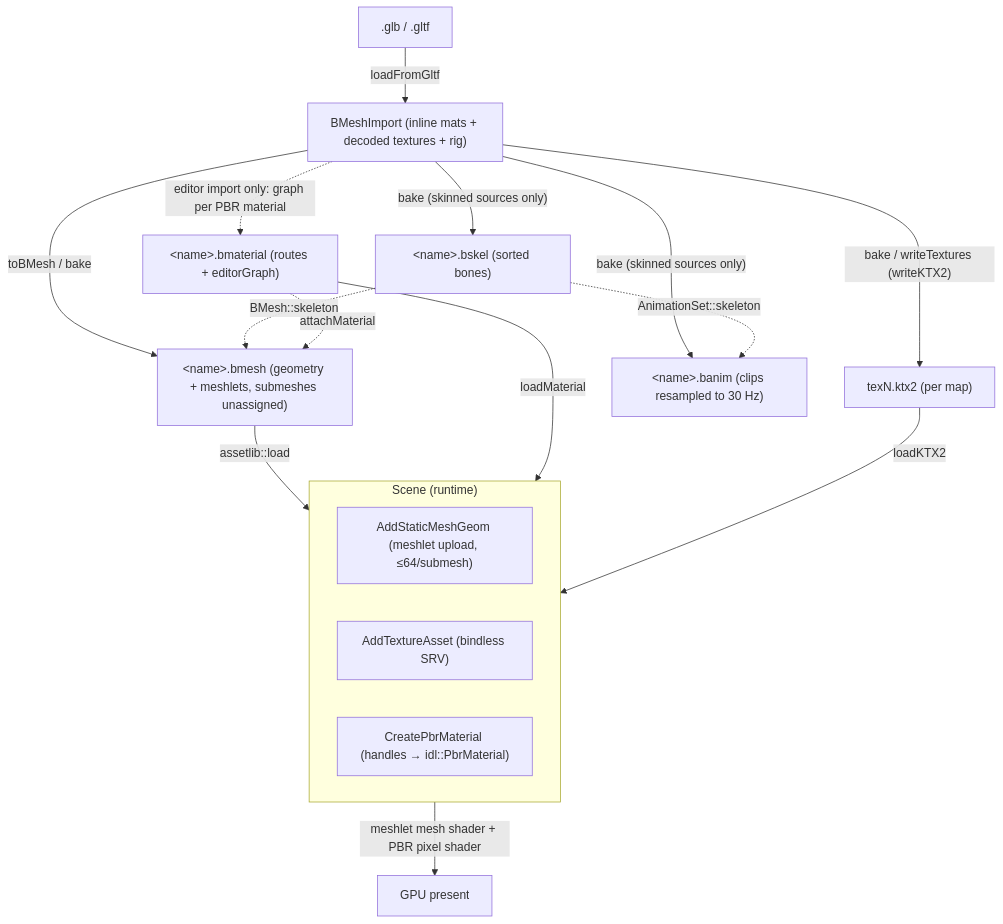
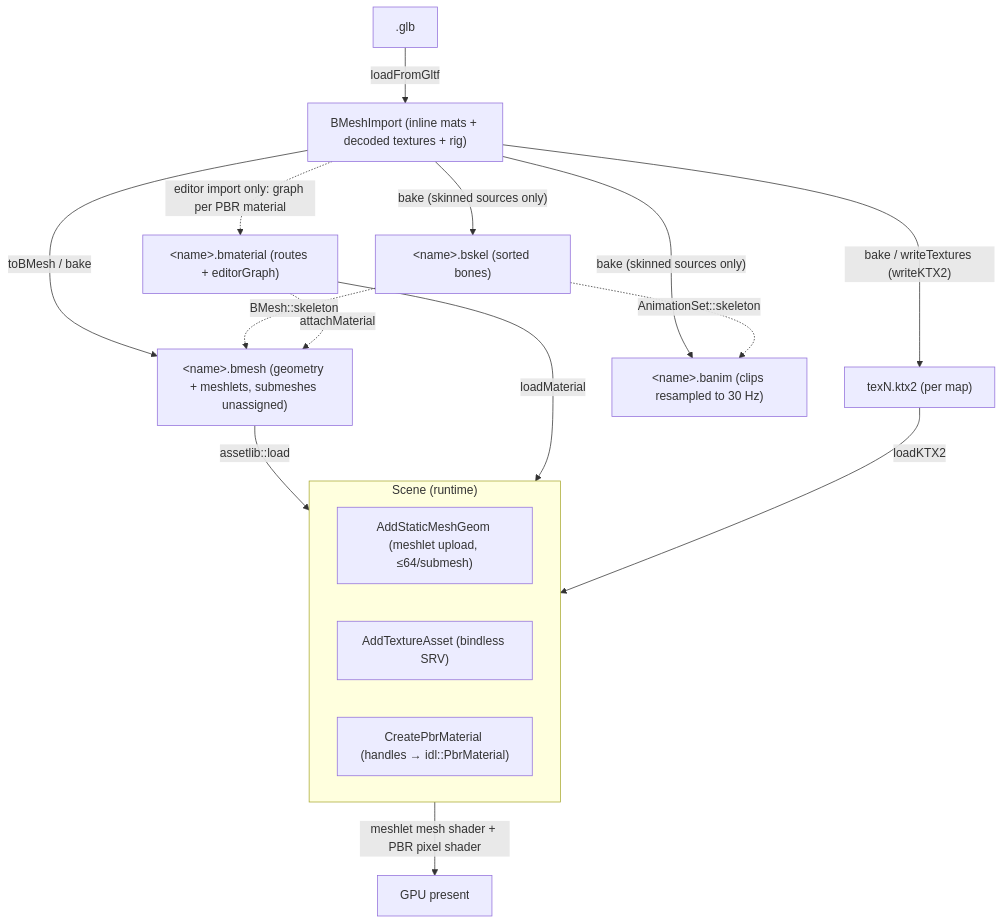
One commit to alexjiang200407/bernini changed the diagram in docs/asset_standards.md. Above: the diagram before and after it, drawn with Mermaid. The commit also changed other lines of this file and 10 other files, not shown here.

````diff
--- a/docs/asset_standards.md
+++ b/docs/asset_standards.md
@@ -602,24 +602,24 @@
 ```mermaid
 flowchart TD
-    GLTF[".glb / .gltf"] -- "loadFromGltf" --> IMP["BMeshImport (inline mats + decoded textures + rig)"]
+    GLTF[".glb"] -- "loadFromGltf" --> IMP["BMeshImport (inline mats + decoded textures + rig)"]
     IMP -- "toBMesh / bake" --> BMESH["&lt;name&gt;.bmesh (geometry + meshlets, submeshes unassigned)"]
     IMP -- "bake / writeTextures (writeKTX2)" --> TEX["texN.ktx2 (per map)"]
     IMP -- "bake (skinned sources only)" --> SKEL["&lt;name&gt;.bskel (sorted bones)"]
     IMP -- "bake (skinned sources only)" --> ANIM["&lt;name&gt;.banim (clips resampled to 30 Hz)"]
     SKEL -. "BMesh::skeleton" .-> BMESH
     SKEL -. "AnimationSet::skeleton" .-> ANIM
     IMP -. "editor import only: graph per PBR material" .-> BMAT["&lt;name&gt;.bmaterial (routes + editorGraph)"]
     BMAT -. "attachMaterial" .-> BMESH
 
     BMESH -- "assetlib::load" --> SCENE
     BMAT -- "loadMaterial" --> SCENE
     TEX -- "loadKTX2" --> SCENE
 
     subgraph SCENE["Scene (runtime)"]
         AM["AddStaticMeshGeom (meshlet upload, ≤64/submesh)"]
         AT["AddTextureAsset (bindless SRV)"]
         CM["CreatePbrMaterial (handles → idl::PbrMaterial)"]
     end
 
     SCENE -- "meshlet mesh shader + PBR pixel shader" --> GPU["GPU present"]
 ```
````
